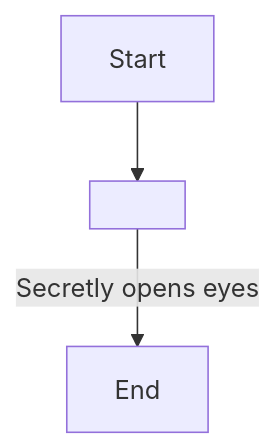
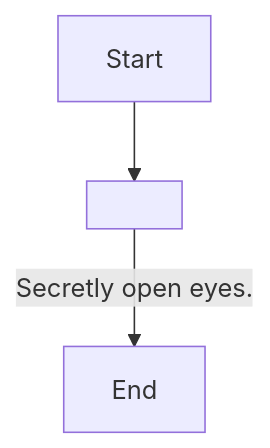
The diagram in En/YoniFirstMeet.md (SoftHu/tos_avg), drawn with Mermaid before and after one commit. The commit also changed 297 other files, not shown here.

````diff
--- a/En/YoniFirstMeet.md
+++ b/En/YoniFirstMeet.md
@@ -1,6 +1,6 @@
 ```mermaid
 graph
 Start -->1741645222700316[ ]
-1741645222700316 -->|Secretly opens eyes|1741645225888029[End]
+1741645222700316 -->|Secretly open eyes.|1741645225888029[End]
 
  ```
````
